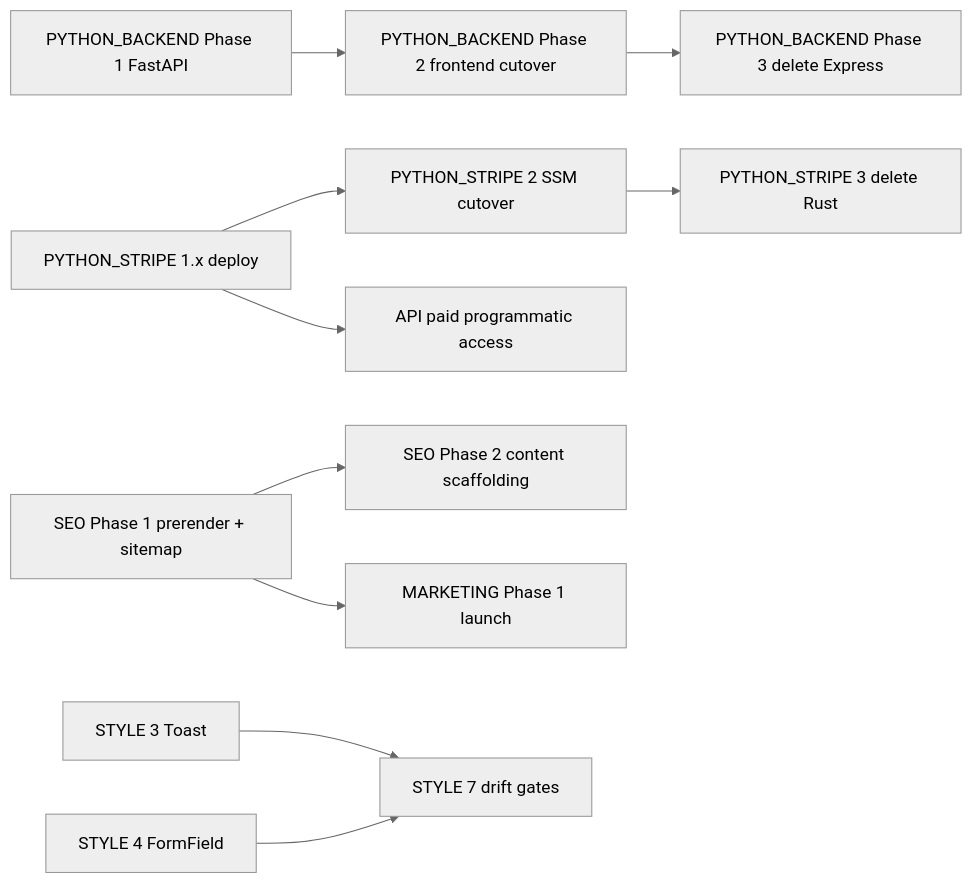
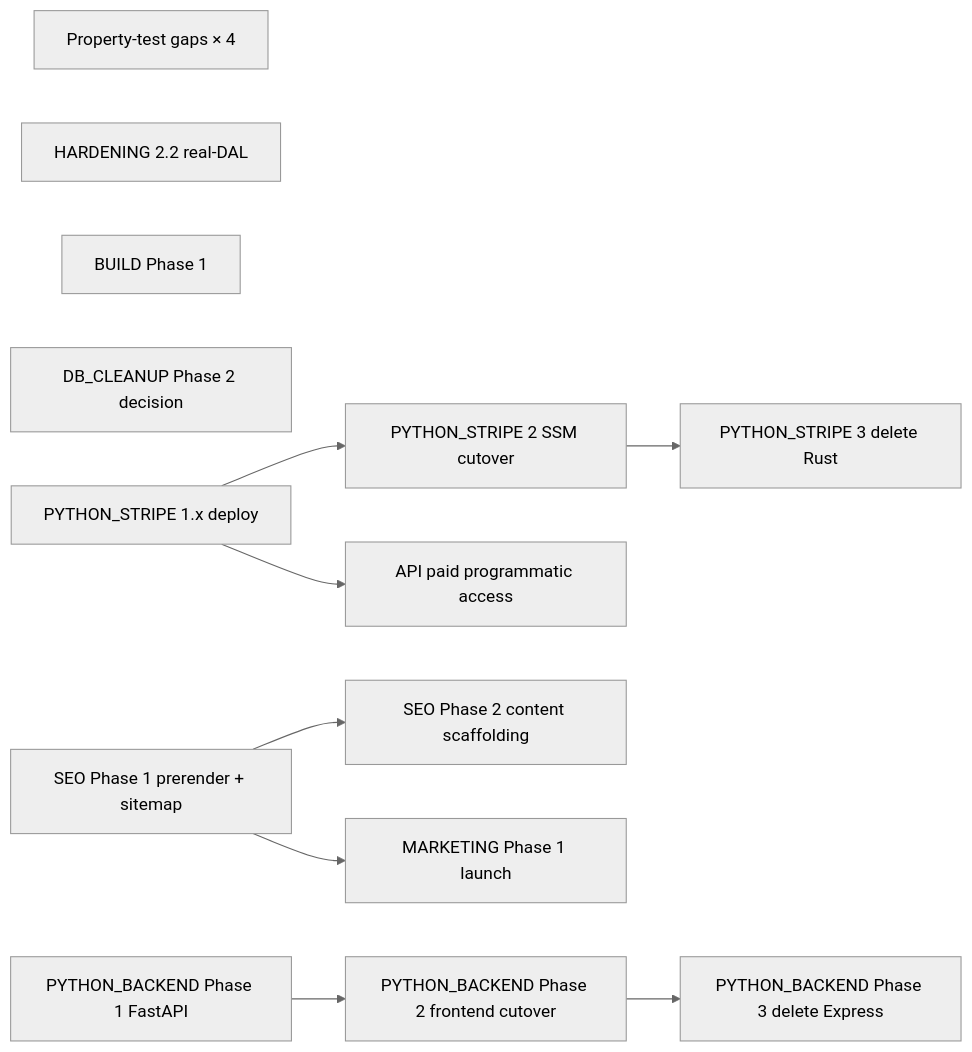
The diagram in todo/README.md (JimothyJohn/specodex), drawn with Mermaid (neutral theme) before and after one commit. The commit also changed other lines of this file and 6 other files, not shown here.

````diff
--- a/todo/README.md
+++ b/todo/README.md
@@ -276,24 +273,23 @@
 ```mermaid
 graph LR
-    PB1[PYTHON_BACKEND Phase 1 FastAPI]
-    PB2[PYTHON_BACKEND Phase 2 frontend cutover]
-    PB3[PYTHON_BACKEND Phase 3 delete Express]
+    PT[Property-test gaps × 4]
+    H22[HARDENING 2.2 real-DAL]
+    B1[BUILD Phase 1]
+    DB2[DB_CLEANUP Phase 2 decision]
     S1[PYTHON_STRIPE 1.x deploy]
     S2[PYTHON_STRIPE 2 SSM cutover]
     S3[PYTHON_STRIPE 3 delete Rust]
     SEO1[SEO Phase 1 prerender + sitemap]
     SEO2[SEO Phase 2 content scaffolding]
     MK[MARKETING Phase 1 launch]
     API[API paid programmatic access]
-    ST3[STYLE 3 Toast]
-    ST4[STYLE 4 FormField]
-    ST7[STYLE 7 drift gates]
+    PB1[PYTHON_BACKEND Phase 1 FastAPI]
+    PB2[PYTHON_BACKEND Phase 2 frontend cutover]
+    PB3[PYTHON_BACKEND Phase 3 delete Express]
 
-    PB1 --> PB2 --> PB3
     S1 --> S2 --> S3
     S1 --> API
     SEO1 --> SEO2
     SEO1 --> MK
-    ST3 --> ST7
-    ST4 --> ST7
+    PB1 --> PB2 --> PB3
 ```
````
